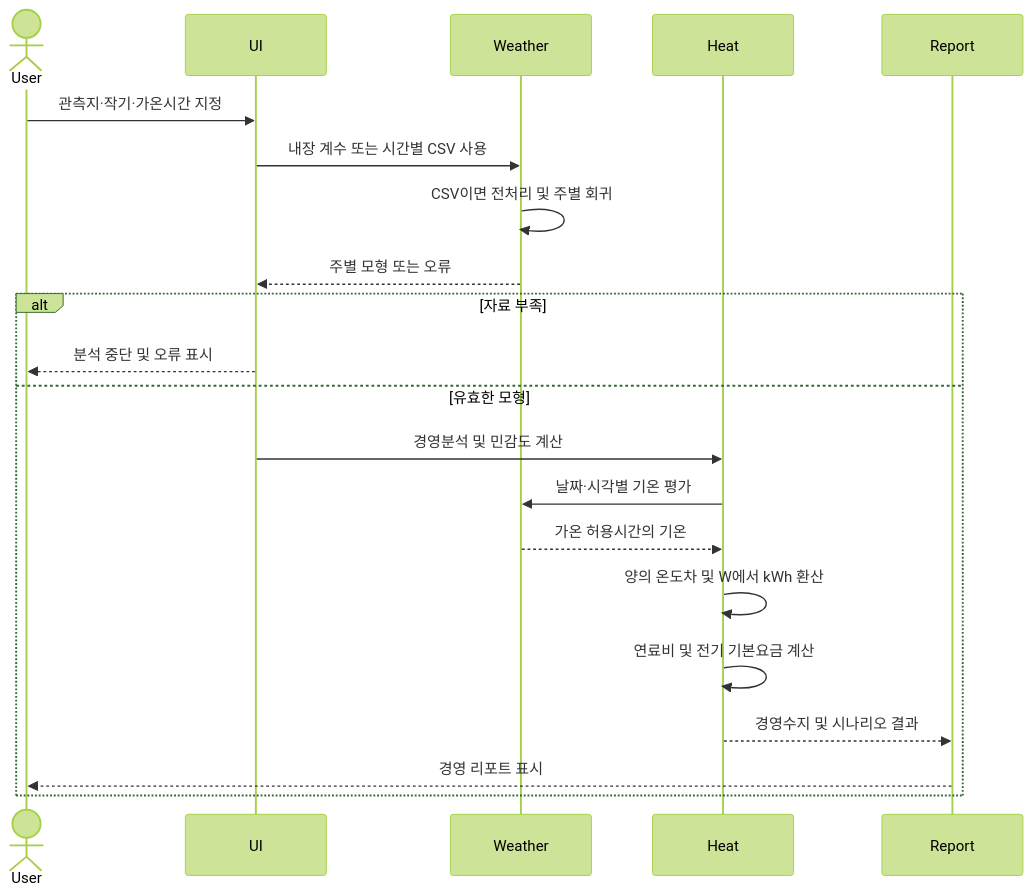
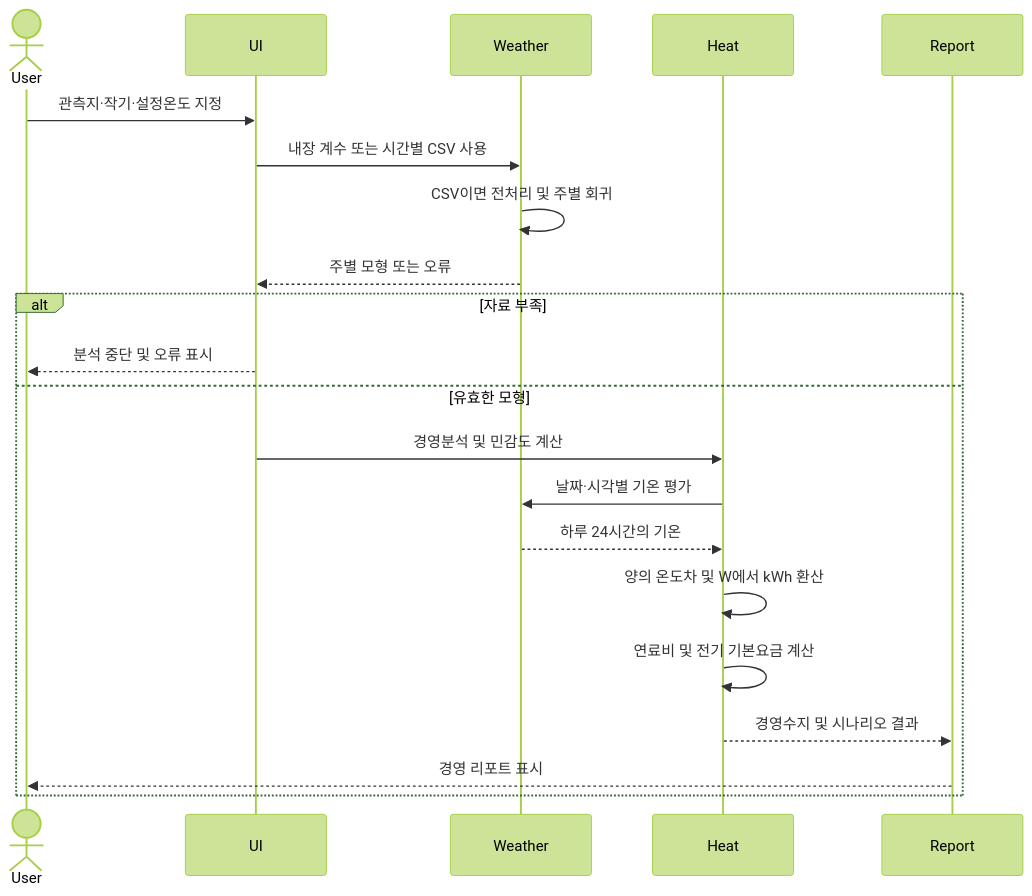
One commit to kuk-jong/fig-heating-decision-app changed the third of 5 diagrams in releases/v0.5/docs/APP_BLUEPRINT.md. Above: the diagram before and after it, drawn with Mermaid (forest theme). The commit also changed other lines of this file and 13 other files, not shown here.

````diff
--- a/releases/v0.5/docs/APP_BLUEPRINT.md
+++ b/releases/v0.5/docs/APP_BLUEPRINT.md
@@ -178,23 +177,23 @@
 ```mermaid
 sequenceDiagram
     actor User
     participant UI
     participant Weather
     participant Heat
     participant Report
-    User->>UI: 관측지·작기·가온시간 지정
+    User->>UI: 관측지·작기·설정온도 지정
     UI->>Weather: 내장 계수 또는 시간별 CSV 사용
     Weather->>Weather: CSV이면 전처리 및 주별 회귀
     Weather-->>UI: 주별 모형 또는 오류
     alt 자료 부족
         UI-->>User: 분석 중단 및 오류 표시
     else 유효한 모형
         UI->>Heat: 경영분석 및 민감도 계산
         Heat->>Weather: 날짜·시각별 기온 평가
-        Weather-->>Heat: 가온 허용시간의 기온
+        Weather-->>Heat: 하루 24시간의 기온
         Heat->>Heat: 양의 온도차 및 W에서 kWh 환산
         Heat->>Heat: 연료비 및 전기 기본요금 계산
         Heat-->>Report: 경영수지 및 시나리오 결과
         Report-->>User: 경영 리포트 표시
     end
 ```
````
